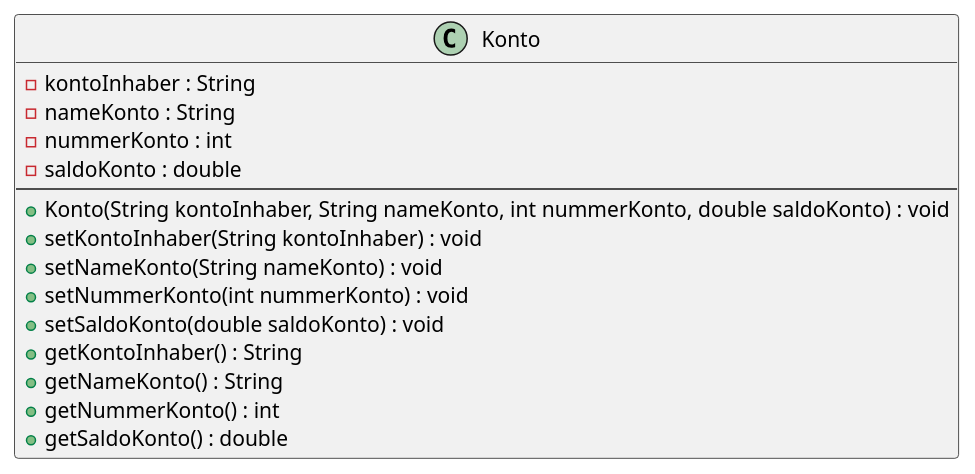
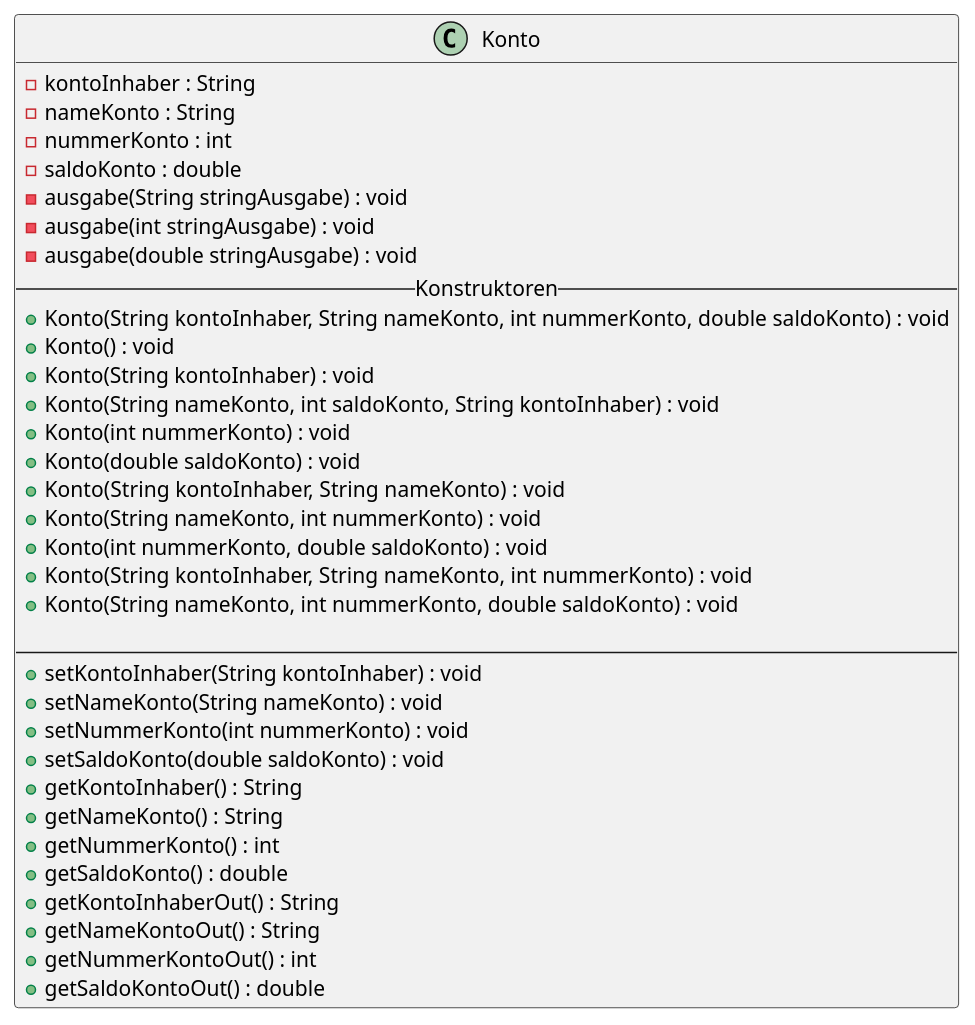
One commit to bztfinformatik/lerndokumentation-Severinboegli changed the diagram in docs/00_Coding_Aufgaben/konto02/klassendiagram.plantuml. Above: the diagram before and after it, drawn with PlantUML. The commit also changed 11 other files, not shown here.

```diff
--- a/docs/00_Coding_Aufgaben/konto02/klassendiagram.plantuml
+++ b/docs/00_Coding_Aufgaben/konto02/klassendiagram.plantuml
@@ -1,20 +1,37 @@
 @startuml
-
 class Konto {
     - kontoInhaber : String
     - nameKonto : String
     - nummerKonto : int
     - saldoKonto : double
+    - ausgabe(String stringAusgabe) : void
+    - ausgabe(int stringAusgabe) : void
+    - ausgabe(double stringAusgabe) : void
+    -- Konstruktoren --
+    + Konto(String kontoInhaber, String nameKonto, int nummerKonto, double saldoKonto) : void
+    + Konto() : void
+    + Konto(String kontoInhaber) : void
+    + Konto(String nameKonto, int saldoKonto, String kontoInhaber) : void
+    + Konto(int nummerKonto) : void
+    + Konto(double saldoKonto) : void
+    + Konto(String kontoInhaber, String nameKonto) : void
+    + Konto(String nameKonto, int nummerKonto) : void
+    + Konto(int nummerKonto, double saldoKonto) : void
+    + Konto(String kontoInhaber, String nameKonto, int nummerKonto) : void
+    + Konto(String nameKonto, int nummerKonto, double saldoKonto) : void
+
     ---
-    + Konto(String kontoInhaber, String nameKonto, int nummerKonto, double saldoKonto) : void
     + setKontoInhaber(String kontoInhaber) : void
     + setNameKonto(String nameKonto) : void
     + setNummerKonto(int nummerKonto) : void
     + setSaldoKonto(double saldoKonto) : void
     + getKontoInhaber() : String
     + getNameKonto() : String
     + getNummerKonto() : int
     + getSaldoKonto() : double
+    + getKontoInhaberOut() : String
+    + getNameKontoOut() : String
+    + getNummerKontoOut() : int
+    + getSaldoKontoOut() : double
 }
-
 @enduml
```
